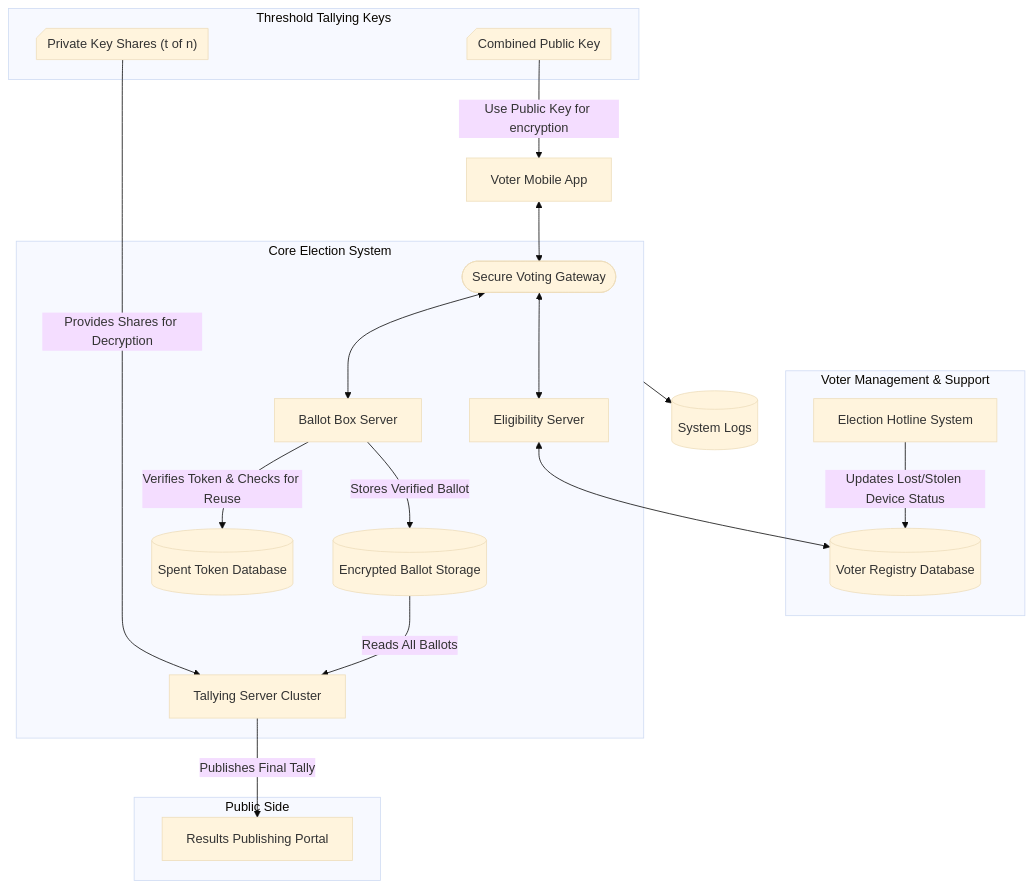
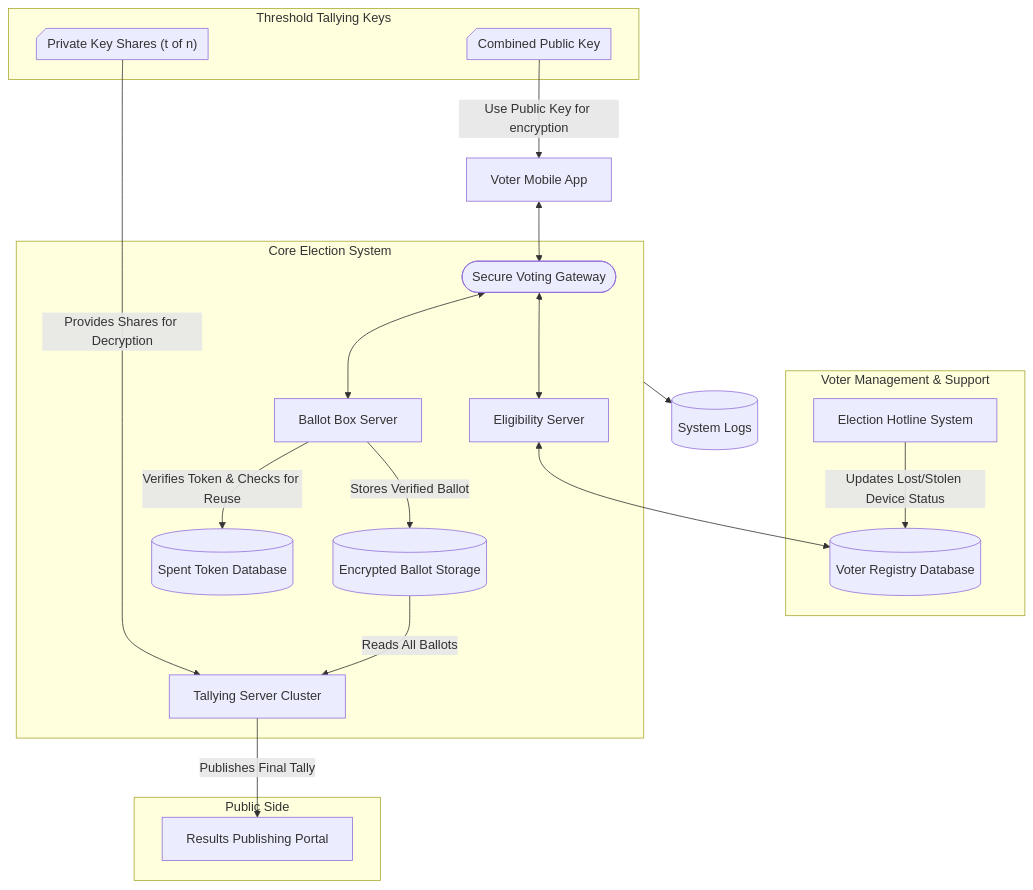
Before and after one commit to psychlone77/election-system-core: the diagram in README.md, drawn with Mermaid.

Commit message:
Update architecture diagram in README
Removed configuration section from architecture diagram.

````diff
--- a/README.md
+++ b/README.md
@@ -7,43 +7,39 @@
 ```mermaid
----
-config:
-  theme: base
----
 flowchart TB
  subgraph VoterManagement["Voter Management & Support"]
         VR["Voter Registry Database"]
         Hotline["Election Hotline System"]
   end
  subgraph ElectionSystem["Core Election System"]
         Gateway(["Secure Voting Gateway"])
         ES["Eligibility Server"]
         BBS["Ballot Box Server"]
         D["Encrypted Ballot Storage"]
         ST["Spent Token Database"]
         E["Tallying Server Cluster"]
   end
  subgraph Keys["Threshold Tallying Keys"]
         PK["Combined Public Key"]
         PrivKeys["Private Key Shares (t of n)"]
   end
  subgraph Public["Public Side"]
         F["Results Publishing Portal"]
   end
     ElectionSystem --> SystemLogs["System Logs"]
     Gateway <--> ES & BBS
     ES <--> VR
     Hotline -- Updates Lost/Stolen Device Status --> VR
     App["Voter Mobile App"] <--> Gateway
     BBS -- Verifies Token & Checks for Reuse --> ST
     BBS -- Stores Verified Ballot --> D
     D -- Reads All Ballots --> E
     PrivKeys -- Provides Shares for Decryption --> E
     E -- Publishes Final Tally --> F
     PK -- Use Public Key for encryption --> App
     VR@{ shape: cyl}
     D@{ shape: cyl}
     ST@{ shape: cyl}
     PK@{ shape: card}
     PrivKeys@{ shape: card}
     SystemLogs@{ shape: cyl}
 ```
````
